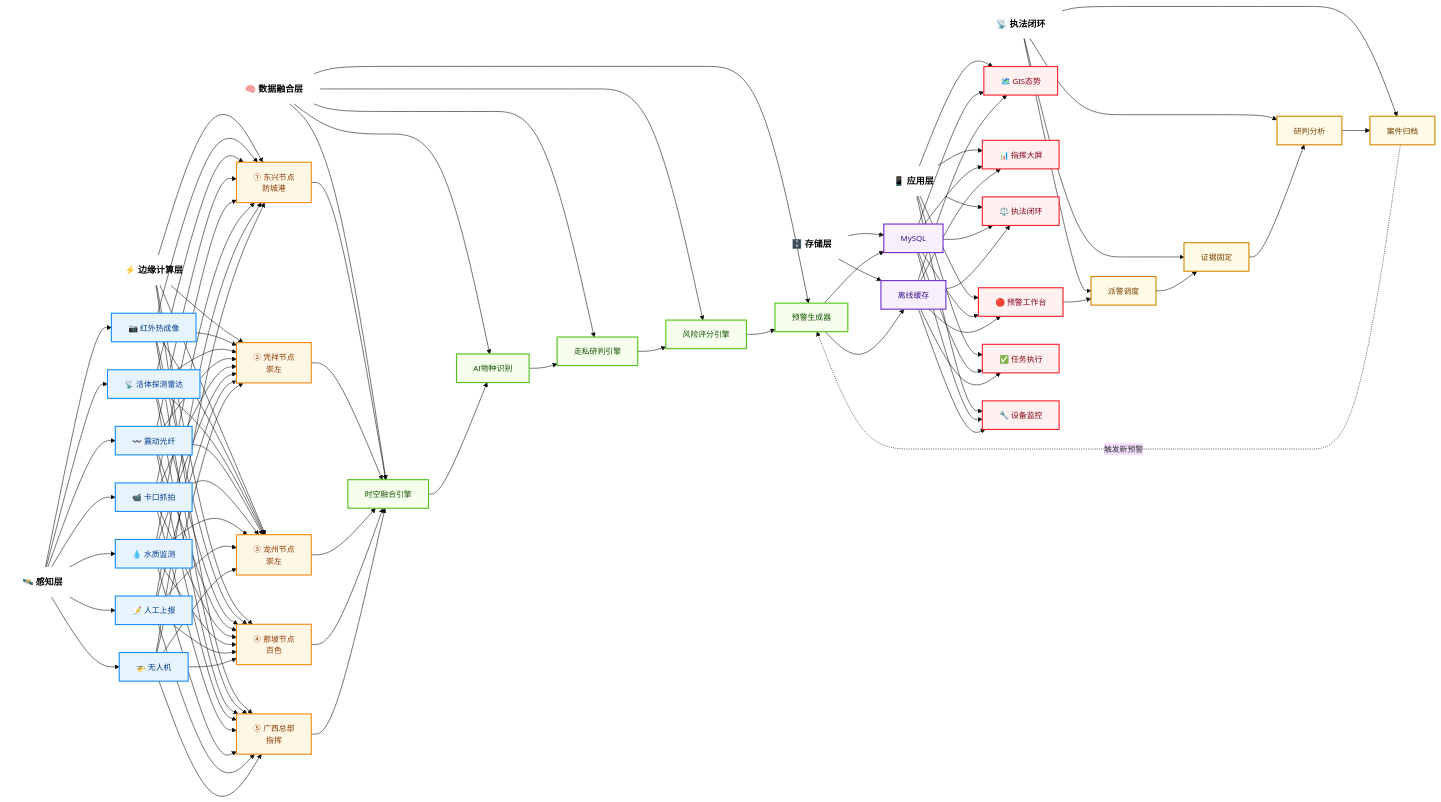
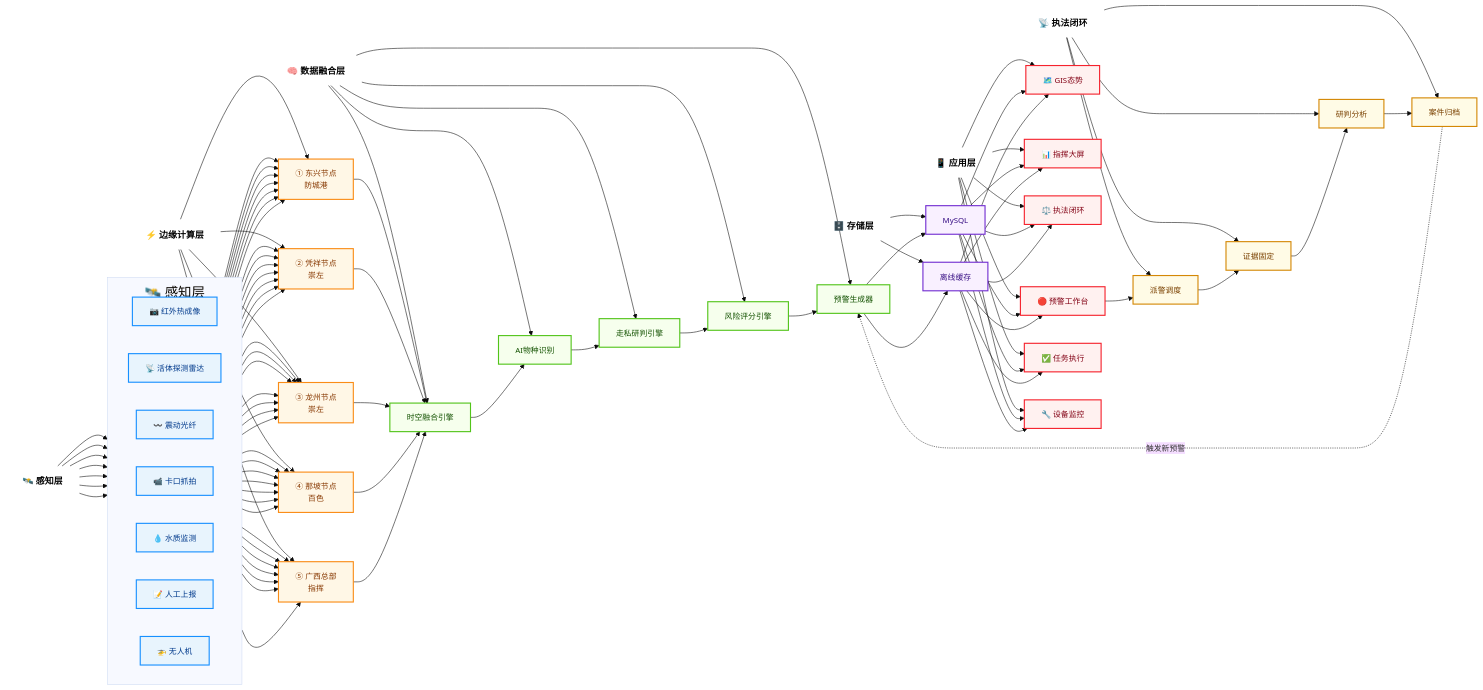
One commit to ppqqmeimei-create/reyanqinxiao changed the diagram in architecture/README.md. Above: the diagram before and after it, drawn with Mermaid.

Commit message:
style: 感知层7个模块改为横向排列
Made-with: Cursor

```diff
--- a/architecture/README.md
+++ b/architecture/README.md
@@ -36,13 +36,16 @@
     T6["<b>📡 执法闭环</b>"]
 
     %% ============ 感知层（7个） ============
-    S1_1["📷 红外热成像"]
-    S1_2["📡 活体探测雷达"]
-    S1_3["〰️ 震动光纤"]
-    S1_4["📹 卡口抓拍"]
-    S1_5["💧 水质监测"]
-    S1_6["📝 人工上报"]
-    S1_7["🚁 无人机"]
+    subgraph S1["<div style='text-align: center; font-size: 24px; padding: 8px;'>🛰️ 感知层</div>"]
+        direction LR
+        S1_1["📷 红外热成像"]
+        S1_2["📡 活体探测雷达"]
+        S1_3["〰️ 震动光纤"]
+        S1_4["📹 卡口抓拍"]
+        S1_5["💧 水质监测"]
+        S1_6["📝 人工上报"]
+        S1_7["🚁 无人机"]
+    end
 
     %% ============ 边缘计算层（5个） ============
     E1["① 东兴节点<br/>防城港"]
```
